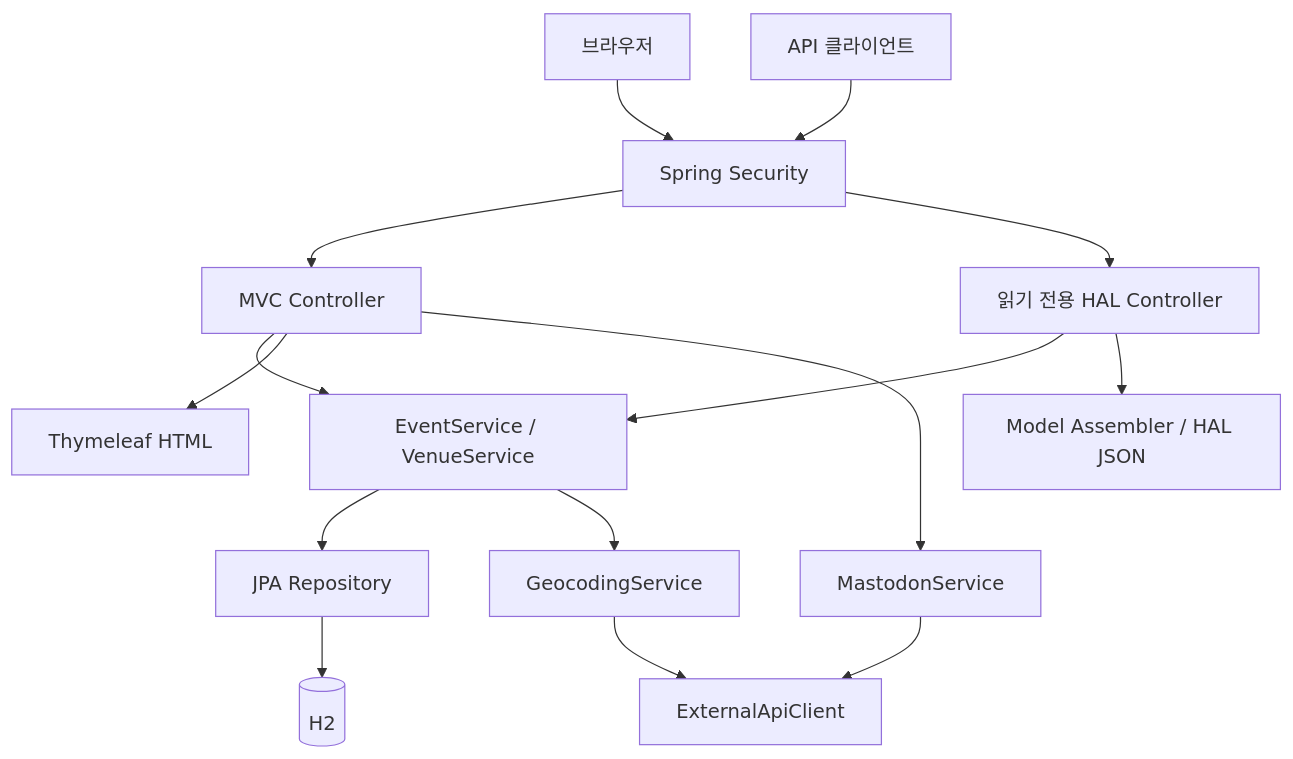
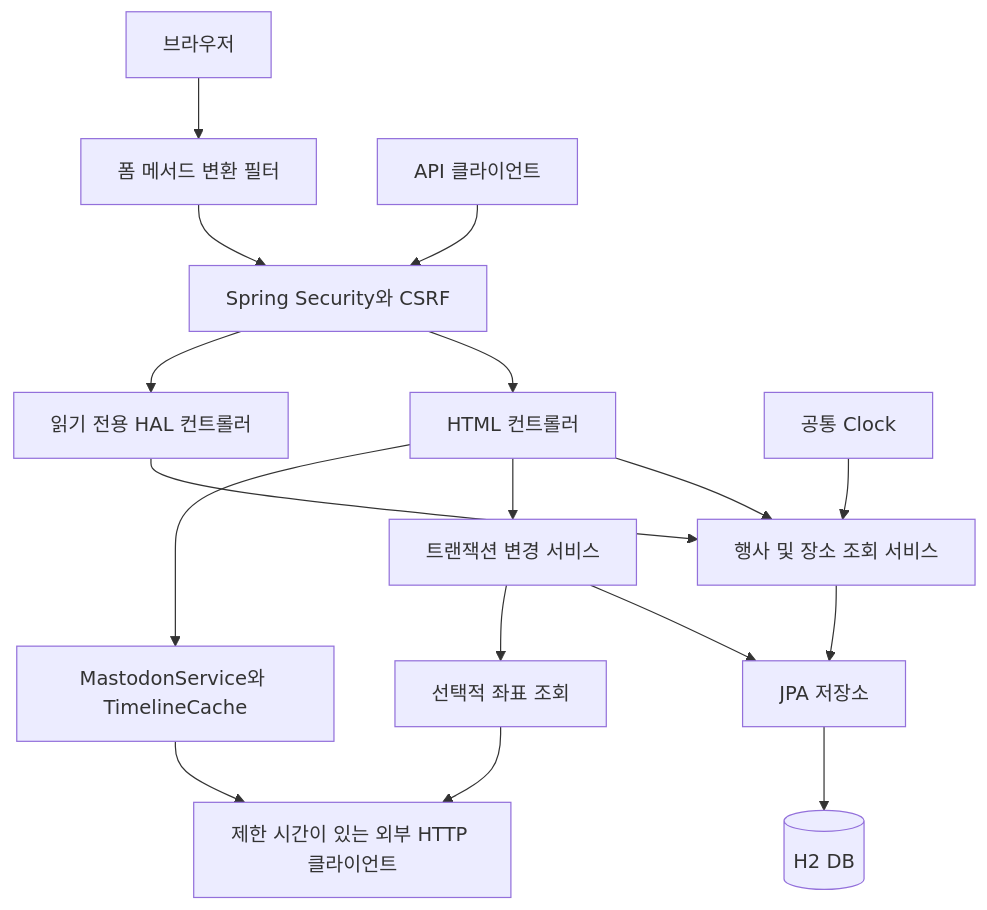
The diagram in docs/ARCHITECTURE.ko.md (Dongmyung378/Event-Website), drawn with Mermaid before and after one commit. The commit also changed other lines of this file and 18 other files, not shown here.

````diff
--- a/docs/ARCHITECTURE.ko.md
+++ b/docs/ARCHITECTURE.ko.md
@@ -9,17 +9,19 @@
 ```mermaid
 flowchart TD
-    Browser[브라우저] --> Security[Spring Security]
+    Browser[브라우저] --> Method[폼 메서드 변환 필터]
+    Method --> Security[Spring Security와 CSRF]
     Client[API 클라이언트] --> Security
-    Security --> MVC[MVC Controller]
-    Security --> API[읽기 전용 HAL Controller]
-    MVC --> Services[EventService / VenueService]
-    API --> Services
-    Services --> Repository[JPA Repository]
-    Repository --> H2[(H2)]
-    MVC --> Templates[Thymeleaf HTML]
-    API --> Assembler[Model Assembler / HAL JSON]
-    Services --> Geocoding[GeocodingService]
-    MVC --> Mastodon[MastodonService]
-    Geocoding --> HTTP[ExternalApiClient]
-    Mastodon --> HTTP
+    Security --> MVC[HTML 컨트롤러]
+    Security --> API[읽기 전용 HAL 컨트롤러]
+    MVC --> Query[행사 및 장소 조회 서비스]
+    API --> Query
+    MVC --> Mutation[트랜잭션 변경 서비스]
+    Clock[공통 Clock] --> Query
+    Query --> Repository[JPA 저장소]
+    Mutation --> Repository
+    Repository --> H2[(H2 DB)]
+    MVC --> Feed[MastodonService와 TimelineCache]
+    Mutation --> Geocoding[선택적 좌표 조회]
+    Feed --> HTTP[제한 시간이 있는 외부 HTTP 클라이언트]
+    Geocoding --> HTTP
 ```
````
